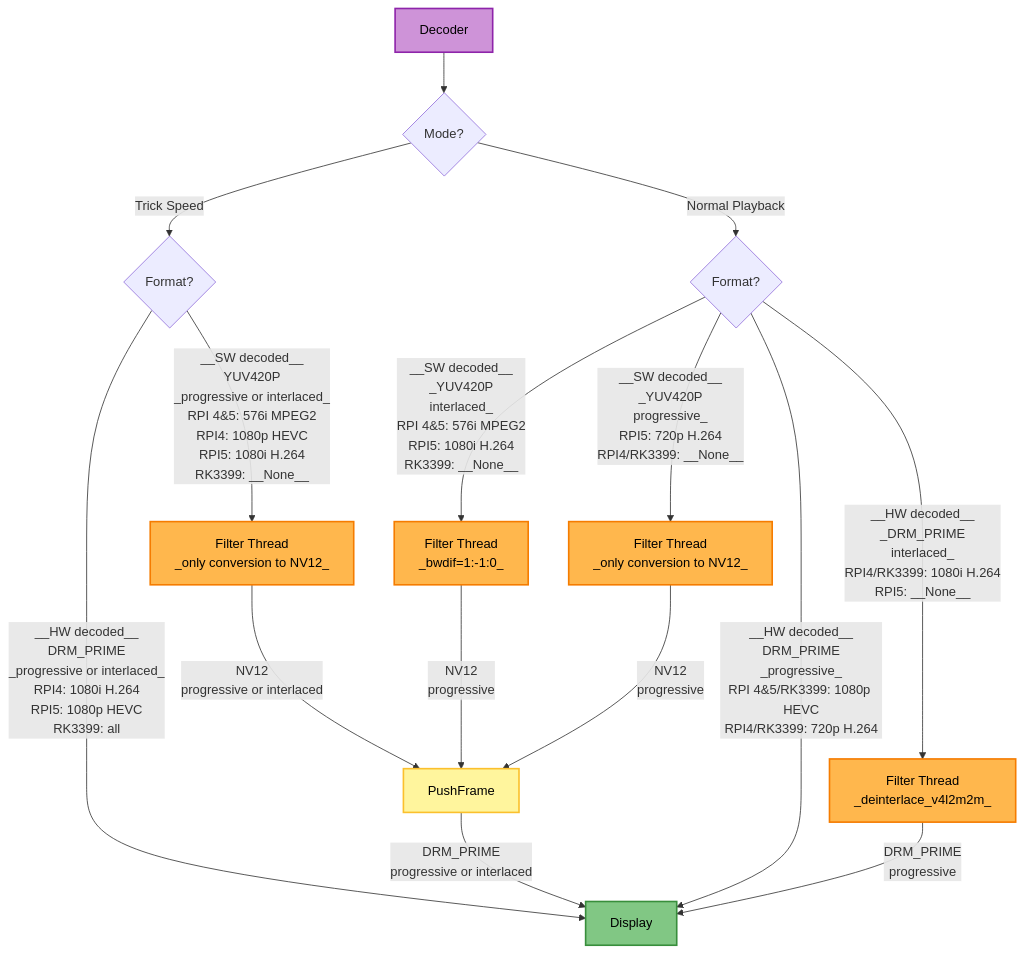
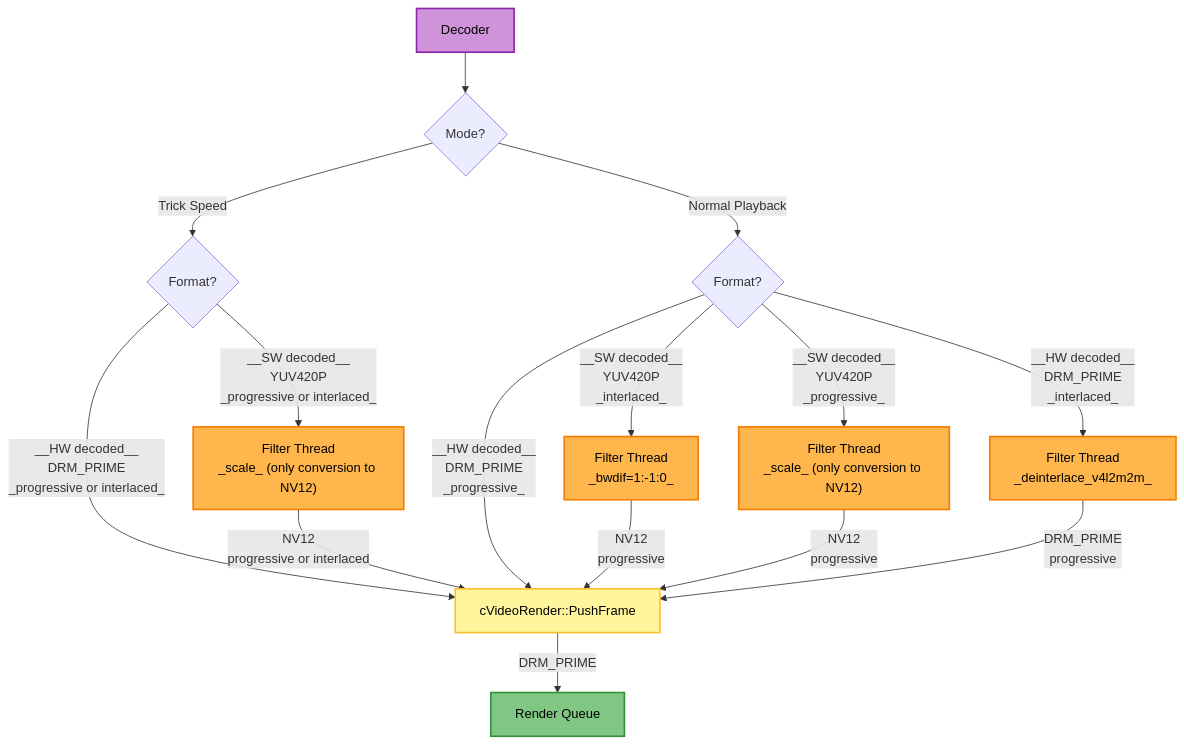
The fourth of 18 diagrams in DEVELOPER/README.md (rellla/vdr-plugin-drmdevice), drawn with Mermaid before and after one commit. The commit also changed other lines of this file, not shown here.

Commit message:
developer: describe the frame routing without the platforms

````diff
--- a/DEVELOPER/README.md
+++ b/DEVELOPER/README.md
@@ -225,33 +226,35 @@
 ```mermaid
 flowchart TD
-    FilterThreadForceProgressive["Filter Thread<br/>_only conversion to NV12_"]
-    FilterThreadProgressive["Filter Thread<br/>_only conversion to NV12_"]
+    FilterThreadForceProgressive["Filter Thread<br/>_scale_ (only conversion to NV12)"]
+    FilterThreadProgressive["Filter Thread<br/>_scale_ (only conversion to NV12)"]
     FilterThreadHwDeinterlacer["Filter Thread<br/>_deinterlace_v4l2m2m_"]
     FilterThreadSwDeinterlacer["Filter Thread<br/>_bwdif=1:-1:0_"]
+    PushFrame["cVideoRender::PushFrame"]
+    RenderQueue["Render Queue"]
 
     Decoder --> TrickSpeedDecision{Mode?}
     TrickSpeedDecision --> |Trick Speed|TrickSpeedFormat{Format?}
-    TrickSpeedFormat --> |__SW decoded__<br/>YUV420P<br/>_progressive or interlaced_<br/>RPI 4&5: 576i MPEG2<br/>RPI4: 1080p HEVC<br/>RPI5: 1080i H.264<br/>RK3399: __None__|FilterThreadForceProgressive
-    TrickSpeedFormat --> |__HW decoded__<br/>DRM_PRIME<br/>_progressive or interlaced_<br/>RPI4: 1080i H.264<br/>RPI5: 1080p HEVC<br/>RK3399: all|Display
-    PushFrame --> |DRM_PRIME<br/>progressive or interlaced|Display
+    TrickSpeedFormat --> |__SW decoded__<br/>YUV420P<br/>_progressive or interlaced_|FilterThreadForceProgressive
+    TrickSpeedFormat --> |__HW decoded__<br/>DRM_PRIME<br/>_progressive or interlaced_|PushFrame
     FilterThreadForceProgressive --> |NV12<br/>progressive or interlaced|PushFrame
 
     TrickSpeedDecision --> |Normal Playback|NormalPlaybackFormat{Format?}
-    NormalPlaybackFormat --> |__SW decoded__<br/>_YUV420P<br/>interlaced_<br/>RPI 4&5: 576i MPEG2<br/>RPI5: 1080i H.264<br/>RK3399: __None__|FilterThreadSwDeinterlacer
-    NormalPlaybackFormat --> |__SW decoded__<br/>_YUV420P<br/>progressive_<br/>RPI5: 720p H.264<br/>RPI4/RK3399: __None__|FilterThreadProgressive
-    NormalPlaybackFormat --> |__HW decoded__<br/>_DRM_PRIME<br/>interlaced_<br/>RPI4/RK3399: 1080i H.264<br/>RPI5: __None__|FilterThreadHwDeinterlacer
-    NormalPlaybackFormat --> |__HW decoded__<br/>DRM_PRIME<br/>_progressive_<br/>RPI 4&5/RK3399: 1080p HEVC<br/>RPI4/RK3399: 720p H.264|Display
+    NormalPlaybackFormat --> |__SW decoded__<br/>YUV420P<br/>_interlaced_|FilterThreadSwDeinterlacer
+    NormalPlaybackFormat --> |__SW decoded__<br/>YUV420P<br/>_progressive_|FilterThreadProgressive
+    NormalPlaybackFormat --> |__HW decoded__<br/>DRM_PRIME<br/>_interlaced_|FilterThreadHwDeinterlacer
+    NormalPlaybackFormat --> |__HW decoded__<br/>DRM_PRIME<br/>_progressive_|PushFrame
     FilterThreadSwDeinterlacer --> |NV12<br/>progressive|PushFrame
     FilterThreadProgressive --> |NV12<br/>progressive|PushFrame
-    FilterThreadHwDeinterlacer --> |DRM_PRIME<br/>progressive|Display
+    FilterThreadHwDeinterlacer --> |DRM_PRIME<br/>progressive|PushFrame
+    PushFrame --> |DRM_PRIME|RenderQueue
 
     classDef decThread fill:#ce93d8,stroke:#8e24aa,stroke-width:2px,color:#000000
     classDef filterThread fill:#ffb74d,stroke:#f57c00,stroke-width:2px,color:#000000
     classDef displayThread fill:#81c784,stroke:#388e3c,stroke-width:2px,color:#000000
     classDef buffer fill:#fff59d,stroke:#fbc02d,stroke-width:2px,color:#000000
 
     class Decoder decThread
     class FilterThreadForceProgressive,FilterThreadProgressive,FilterThreadHwDeinterlacer,FilterThreadSwDeinterlacer filterThread
-    class Display displayThread
+    class RenderQueue displayThread
     class PushFrame buffer
 ```
````
